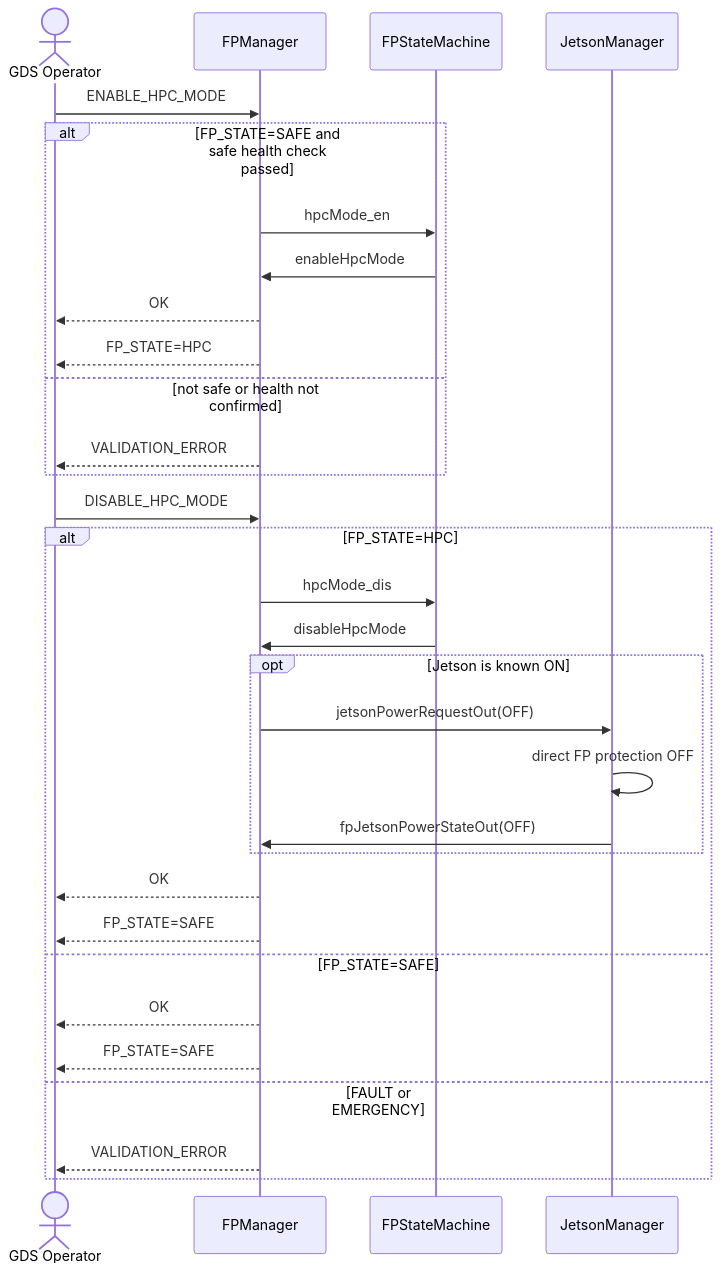
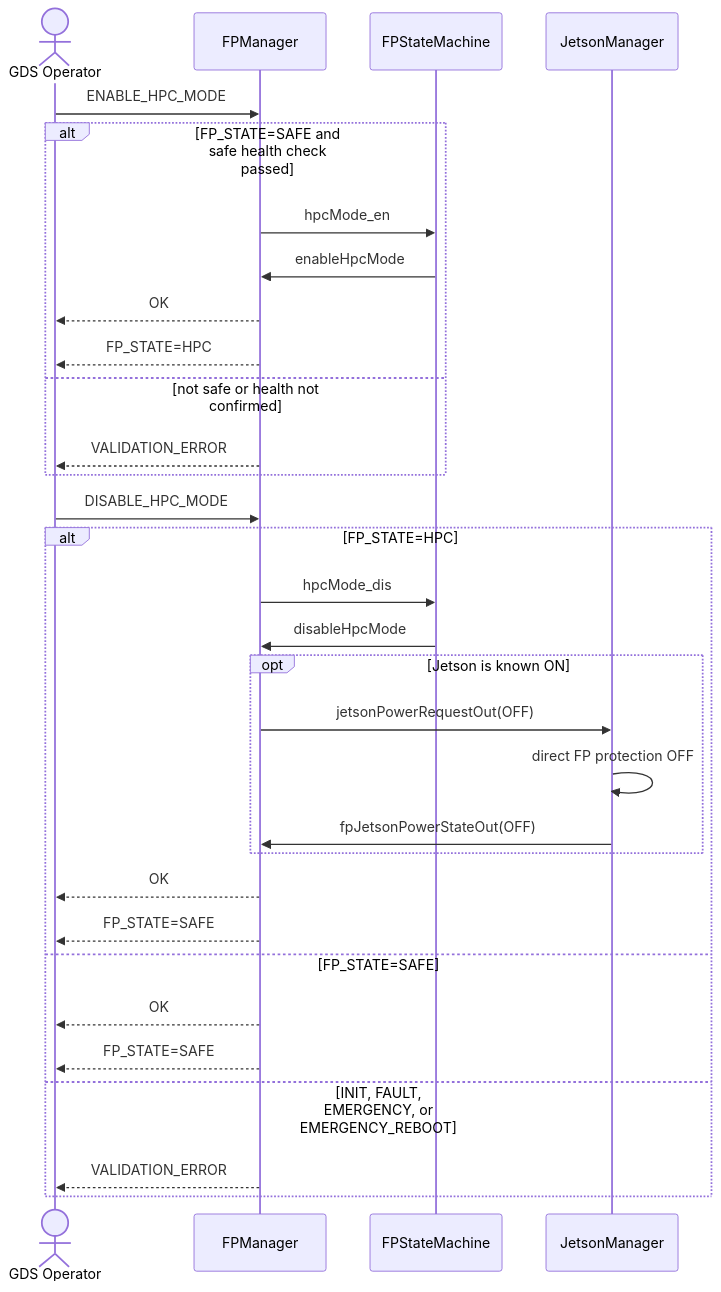
Before and after one commit to BroncoSpace-Lab/fprime-scales: the fifth of 8 diagrams in scales/scalesSvc/FPManager/docs/sdd.md, drawn with Mermaid. The commit also changed other lines of this file and 49 other files, not shown here.

````diff
--- a/scales/scalesSvc/FPManager/docs/sdd.md
+++ b/scales/scalesSvc/FPManager/docs/sdd.md
@@ -399,35 +508,35 @@
 ```mermaid
 sequenceDiagram
     actor Operator as GDS Operator
     participant FPM as FPManager
     participant SM as FPStateMachine
     participant JM as JetsonManager
 
     Operator->>FPM: ENABLE_HPC_MODE
     alt FP_STATE=SAFE and safe health check passed
         FPM->>SM: hpcMode_en
         SM->>FPM: enableHpcMode
         FPM-->>Operator: OK
         FPM-->>Operator: FP_STATE=HPC
     else not safe or health not confirmed
         FPM-->>Operator: VALIDATION_ERROR
     end
 
     Operator->>FPM: DISABLE_HPC_MODE
     alt FP_STATE=HPC
         FPM->>SM: hpcMode_dis
         SM->>FPM: disableHpcMode
         opt Jetson is known ON
             FPM->>JM: jetsonPowerRequestOut(OFF)
             JM->>JM: direct FP protection OFF
             JM->>FPM: fpJetsonPowerStateOut(OFF)
         end
         FPM-->>Operator: OK
         FPM-->>Operator: FP_STATE=SAFE
     else FP_STATE=SAFE
         FPM-->>Operator: OK
         FPM-->>Operator: FP_STATE=SAFE
-    else FAULT or EMERGENCY
+    else INIT, FAULT, EMERGENCY, or EMERGENCY_REBOOT
         FPM-->>Operator: VALIDATION_ERROR
     end
 ```
````
